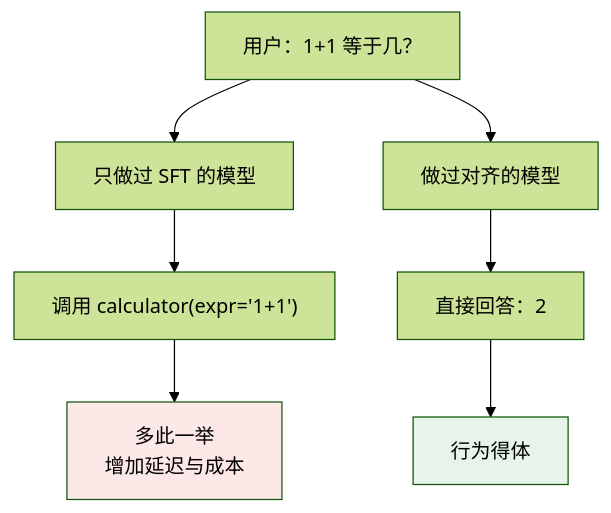
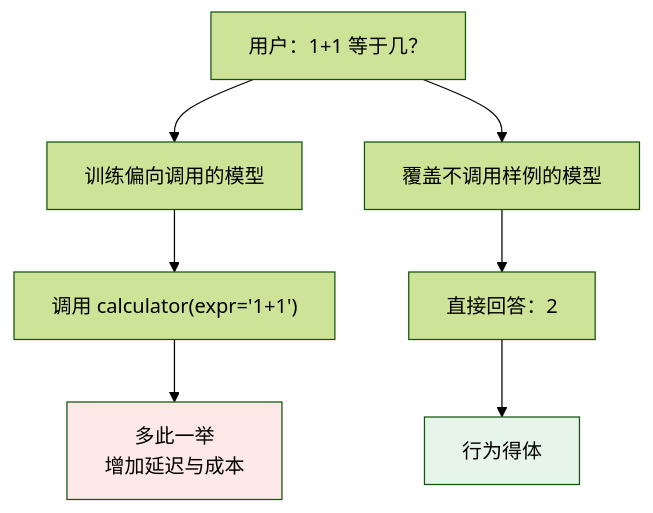
Before and after one commit to oneleaveknowsthefall/awesome-ai-roadmap: the second of 4 diagrams in docs/tools/01-function-calling/02-tool-learning.md, drawn with Mermaid (forest theme). The commit also changed other lines of this file and 50 other files, not shown here.

````diff
--- a/docs/tools/01-function-calling/02-tool-learning.md
+++ b/docs/tools/01-function-calling/02-tool-learning.md
@@ -78,13 +82,13 @@
 ```mermaid
 flowchart TB
-    Q["用户：1+1 等于几？"] --> SFTM["只做过 SFT 的模型"]
+    Q["用户：1+1 等于几？"] --> SFTM["训练偏向调用的模型"]
     SFTM --> A1["调用 calculator(expr='1+1')"]
     A1 --> BAD["多此一举<br/>增加延迟与成本"]
 
-    Q --> RLM["做过对齐的模型"]
+    Q --> RLM["覆盖不调用样例的模型"]
     RLM --> A2["直接回答：2"]
     A2 --> GOOD["行为得体"]
 
     style BAD fill:#fce8e6
     style GOOD fill:#e6f4ea
 ```
````
